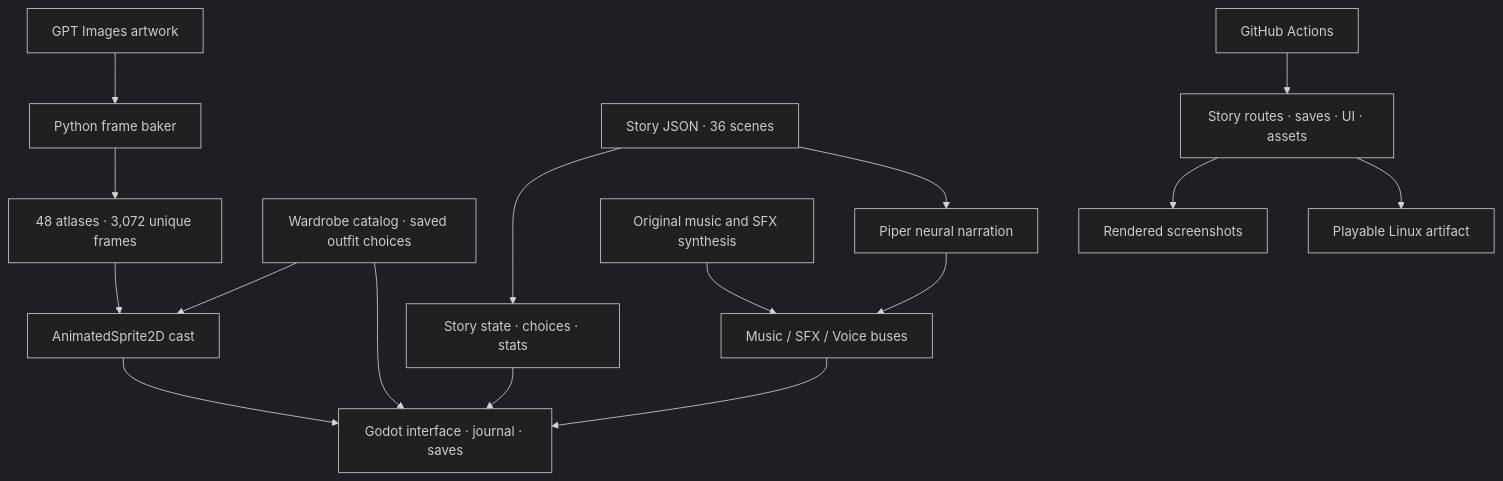
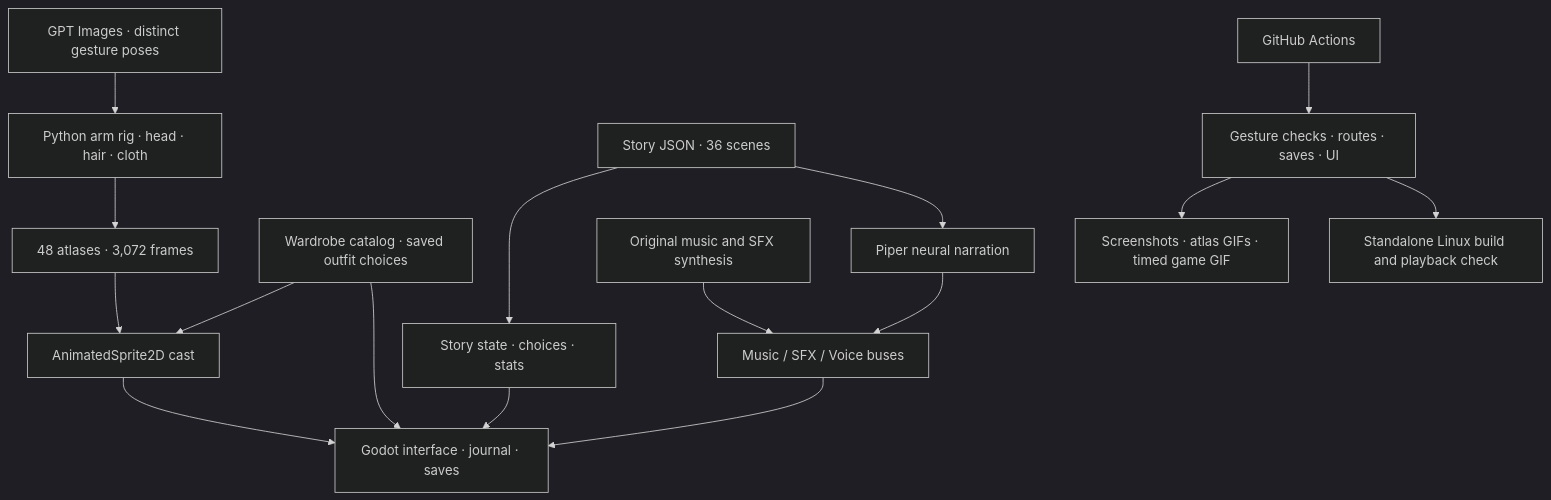
Before and after one commit to jgyy/octxian: the diagram in README.md, drawn with Mermaid (dark theme). The commit also changed other lines of this file and 4 other files, not shown here.

````diff
--- a/README.md
+++ b/README.md
@@ -76,18 +89,18 @@
 ```mermaid
 flowchart TD
-    GPT["GPT Images artwork"] --> Bake["Python frame baker"]
-    Bake --> Atlas["48 atlases · 3,072 unique frames"]
+    GPT["GPT Images · distinct gesture poses"] --> Rig["Python arm rig · head · hair · cloth"]
+    Rig --> Atlas["48 atlases · 3,072 frames"]
     Atlas --> Cast["AnimatedSprite2D cast"]
     JSON["Story JSON · 36 scenes"] --> State["Story state · choices · stats"]
     State --> UI["Godot interface · journal · saves"]
     Wardrobe["Wardrobe catalog · saved outfit choices"] --> Cast
     Wardrobe --> UI
     Cast --> UI
     JSON --> Piper["Piper neural narration"]
     Synth["Original music and SFX synthesis"] --> Audio["Music / SFX / Voice buses"]
     Piper --> Audio
     Audio --> UI
-    CI["GitHub Actions"] --> Verify["Story routes · saves · UI · assets"]
-    Verify --> Capture["Rendered screenshots"]
-    Verify --> Build["Playable Linux artifact"]
+    CI["GitHub Actions"] --> Verify["Gesture checks · routes · saves · UI"]
+    Verify --> Capture["Screenshots · atlas GIFs · timed game GIF"]
+    Verify --> Build["Standalone Linux build and playback check"]
 ```
````
